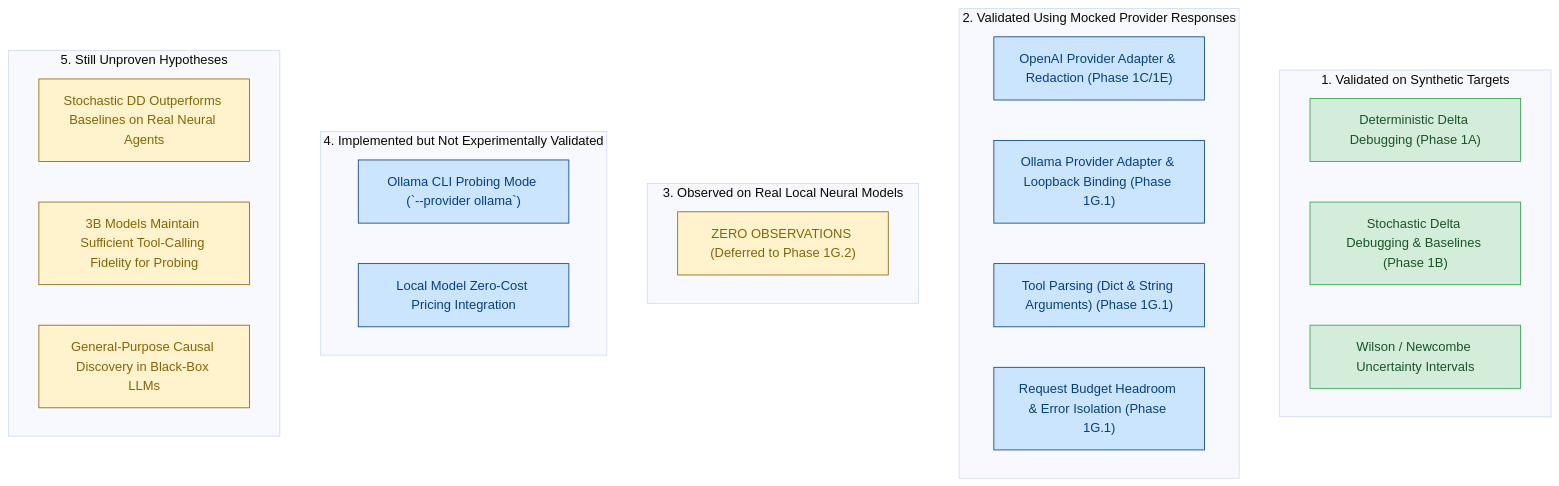
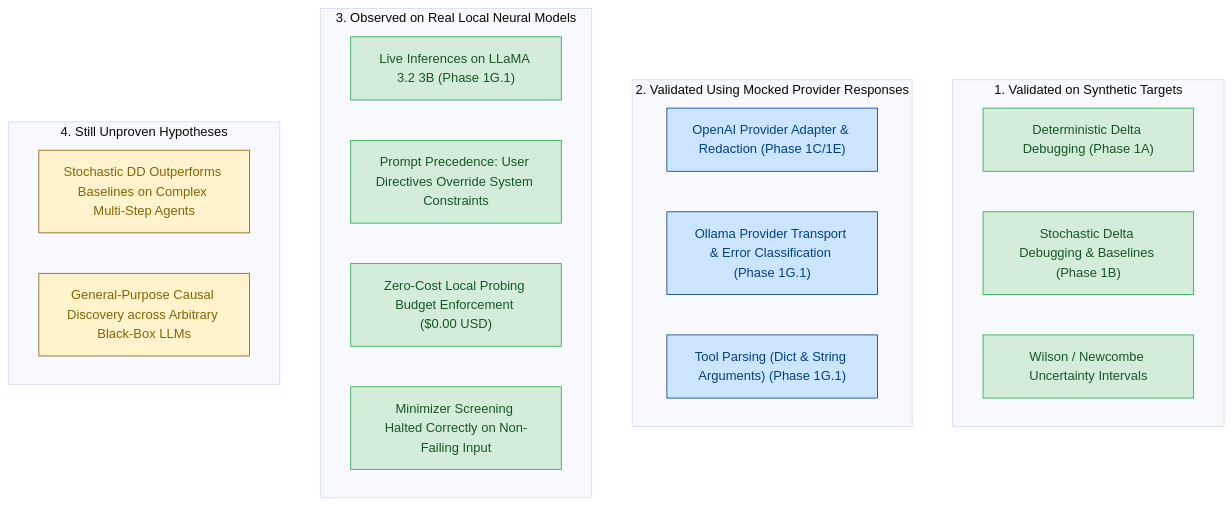
One commit to yash-mishraa/AgentXRay changed the diagram in docs/research/phase_1g1_local_model_pilot.md. Above: the diagram before and after it, drawn with Mermaid (base theme). The commit also changed other lines of this file, not shown here.

Commit message:
docs: update Phase 1G.1 research report with live empirical results from llama3.2:3b execution

````diff
--- a/docs/research/phase_1g1_local_model_pilot.md
+++ b/docs/research/phase_1g1_local_model_pilot.md
@@ -237,34 +190,30 @@
 ```mermaid
 flowchart TD
     classDef verified fill:#d4edda,stroke:#28a745,color:#155724;
     classDef mocked fill:#cce5ff,stroke:#004085,color:#004085;
     classDef unproven fill:#fff3cd,stroke:#856404,color:#856404;
 
     subgraph Synthetic ["1. Validated on Synthetic Targets"]
         S1["Deterministic Delta Debugging (Phase 1A)"]:::verified
         S2["Stochastic Delta Debugging & Baselines (Phase 1B)"]:::verified
         S3["Wilson / Newcombe Uncertainty Intervals"]:::verified
     end
 
     subgraph Mocked ["2. Validated Using Mocked Provider Responses"]
         M1["OpenAI Provider Adapter & Redaction (Phase 1C/1E)"]:::mocked
-        M2["Ollama Provider Adapter & Loopback Binding (Phase 1G.1)"]:::mocked
+        M2["Ollama Provider Transport & Error Classification (Phase 1G.1)"]:::mocked
         M3["Tool Parsing (Dict & String Arguments) (Phase 1G.1)"]:::mocked
-        M4["Request Budget Headroom & Error Isolation (Phase 1G.1)"]:::mocked
     end
 
     subgraph Neural ["3. Observed on Real Local Neural Models"]
-        N1["ZERO OBSERVATIONS (Deferred to Phase 1G.2)"]:::unproven
+        N1["Live Inferences on LLaMA 3.2 3B (Phase 1G.1)"]:::verified
+        N2["Prompt Precedence: User Directives Override System Constraints"]:::verified
+        N3["Zero-Cost Local Probing Budget Enforcement ($0.00 USD)"]:::verified
+        N4["Minimizer Screening Halted Correctly on Non-Failing Input"]:::verified
     end
 
-    subgraph Implemented ["4. Implemented but Not Experimentally Validated"]
-        I1["Ollama CLI Probing Mode (`--provider ollama`)"]:::mocked
-        I2["Local Model Zero-Cost Pricing Integration"]:::mocked
-    end
-
-    subgraph Unproven ["5. Still Unproven Hypotheses"]
-        U1["Stochastic DD Outperforms Baselines on Real Neural Agents"]:::unproven
-        U2["3B Models Maintain Sufficient Tool-Calling Fidelity for Probing"]:::unproven
-        U3["General-Purpose Causal Discovery in Black-Box LLMs"]:::unproven
+    subgraph Unproven ["4. Still Unproven Hypotheses"]
+        U1["Stochastic DD Outperforms Baselines on Complex Multi-Step Agents"]:::unproven
+        U2["General-Purpose Causal Discovery across Arbitrary Black-Box LLMs"]:::unproven
     end
 ```
````
